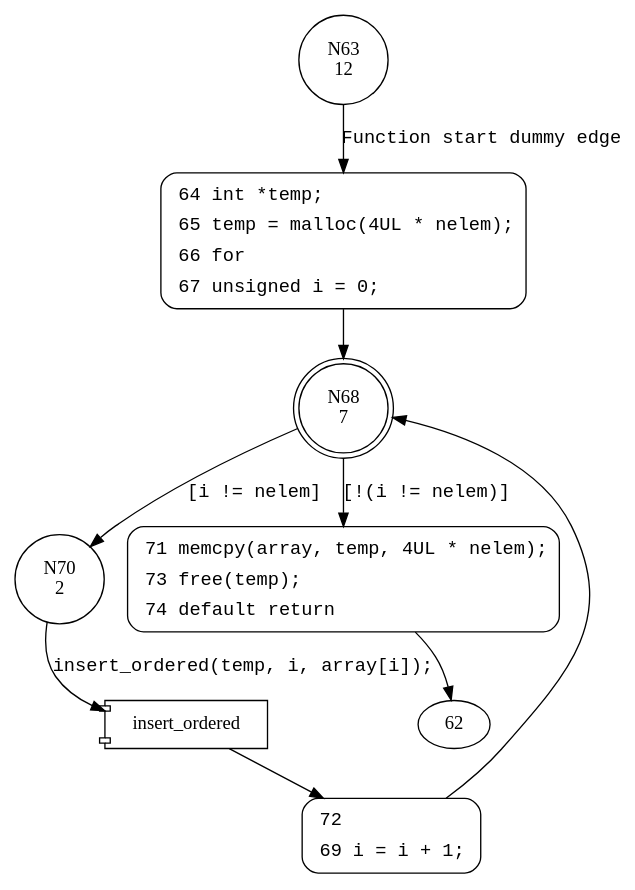
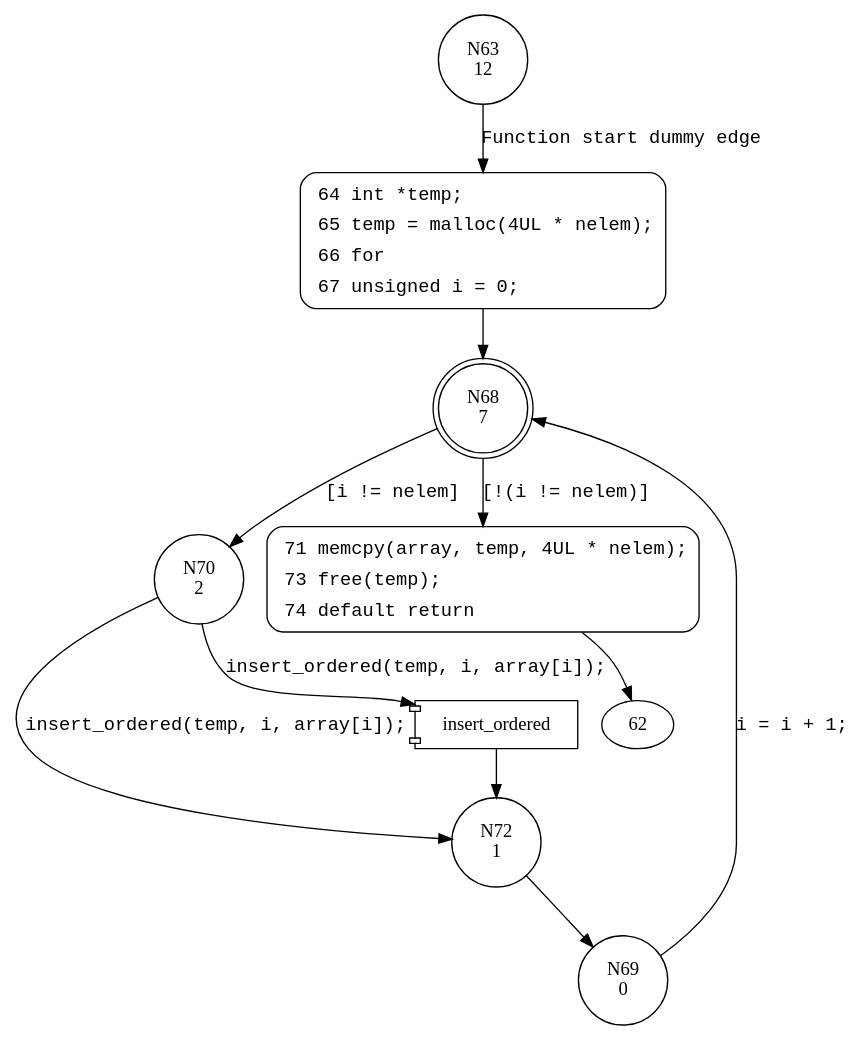
The diagram in results/sort/cpachecker/output/cfa/cfa__insertion_sort.dot (joykhera/810-final-project), drawn with Graphviz before and after one commit. The commit also changed 1742 other files, not shown here.

```diff
--- a/results/sort/cpachecker/output/cfa/cfa__insertion_sort.dot
+++ b/results/sort/cpachecker/output/cfa/cfa__insertion_sort.dot
@@ -1,20 +1,22 @@
 digraph insertion_sort {
 63 [shape="circle" label="N63\n12"]
 64 [shape="circle" label="N64\n11"]
 68 [shape="doublecircle" label="N68\n7"]
 70 [shape="circle" label="N70\n2"]
 71 [shape="circle" label="N71\n6"]
 72 [shape="circle" label="N72\n1"]
+69 [shape="circle" label="N69\n0"]
 64 [style="filled,bold" penwidth="1" fillcolor="white" fontname="Courier New" shape="Mrecord" label=<<table border="0" cellborder="0" cellpadding="3" bgcolor="white"><tr><td align="right">64</td><td align="left">int *temp;</td></tr><tr><td align="right">65</td><td align="left">temp = malloc(4UL * nelem);</td></tr><tr><td align="right">66</td><td align="left">for</td></tr><tr><td align="right">67</td><td align="left">unsigned i = 0;</td></tr></table>>]
 64 -> 68[label=""]
 71 [style="filled,bold" penwidth="1" fillcolor="white" fontname="Courier New" shape="Mrecord" label=<<table border="0" cellborder="0" cellpadding="3" bgcolor="white"><tr><td align="right">71</td><td align="left">memcpy(array, temp, 4UL * nelem);</td></tr><tr><td align="right">73</td><td align="left">free(temp);</td></tr><tr><td align="right">74</td><td align="left">default return</td></tr></table>>]
 71 -> 62[label=""]
-72 [style="filled,bold" penwidth="1" fillcolor="white" fontname="Courier New" shape="Mrecord" label=<<table border="0" cellborder="0" cellpadding="3" bgcolor="white"><tr><td align="right">72</td><td align="left"></td></tr><tr><td align="right">69</td><td align="left">i = i + 1;</td></tr></table>>]
-72 -> 68[label=""]
 63 -> 64 [label="Function start dummy edge" fontname="Courier New"]
 68 -> 70 [label="[i != nelem]" fontname="Courier New"]
 68 -> 71 [label="[!(i != nelem)]" fontname="Courier New"]
 100003 [shape="component" label="insert_ordered"]
 70 -> 100003 [label="insert_ordered(temp, i, array[i]);" fontname="Courier New"]
 100003 -> 72 [label="" fontname="Courier New"]
+70 -> 72 [label="insert_ordered(temp, i, array[i]);" fontname="Courier New"]
+72 -> 69 [label="" fontname="Courier New"]
+69 -> 68 [label="i = i + 1;" fontname="Courier New"]
 }
```
